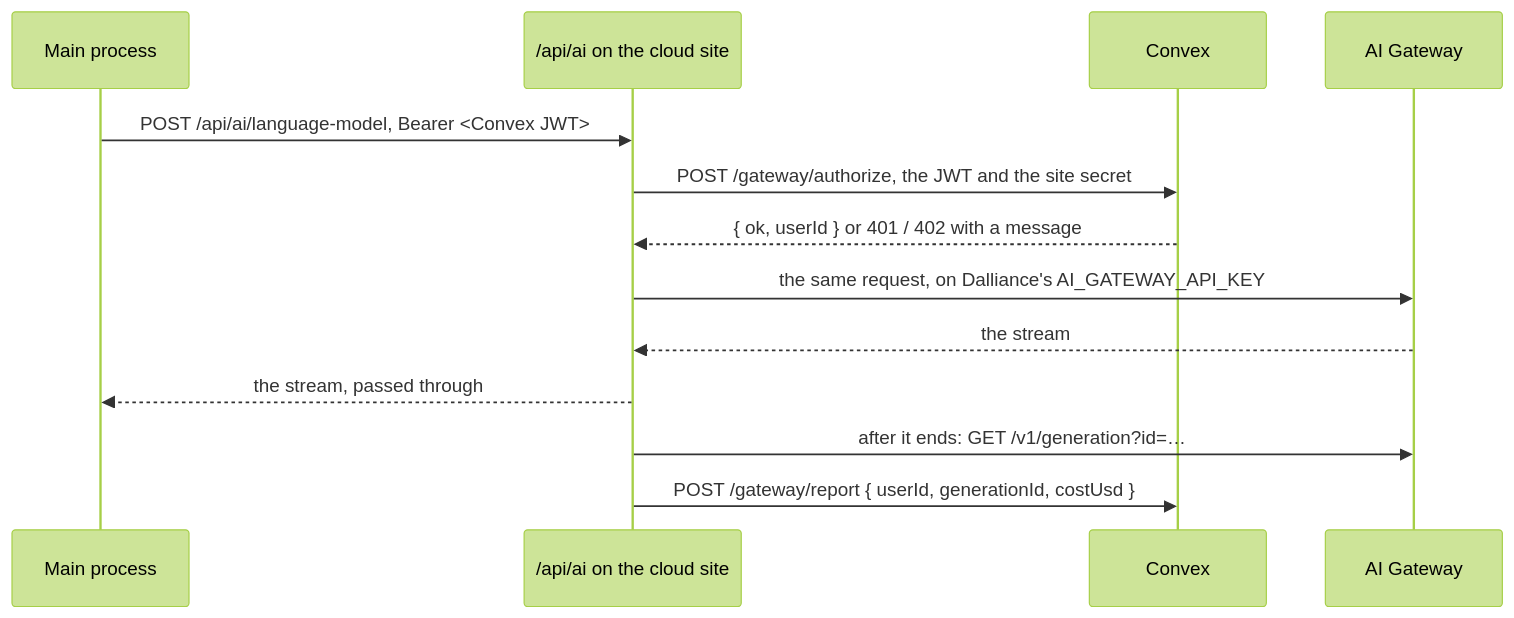
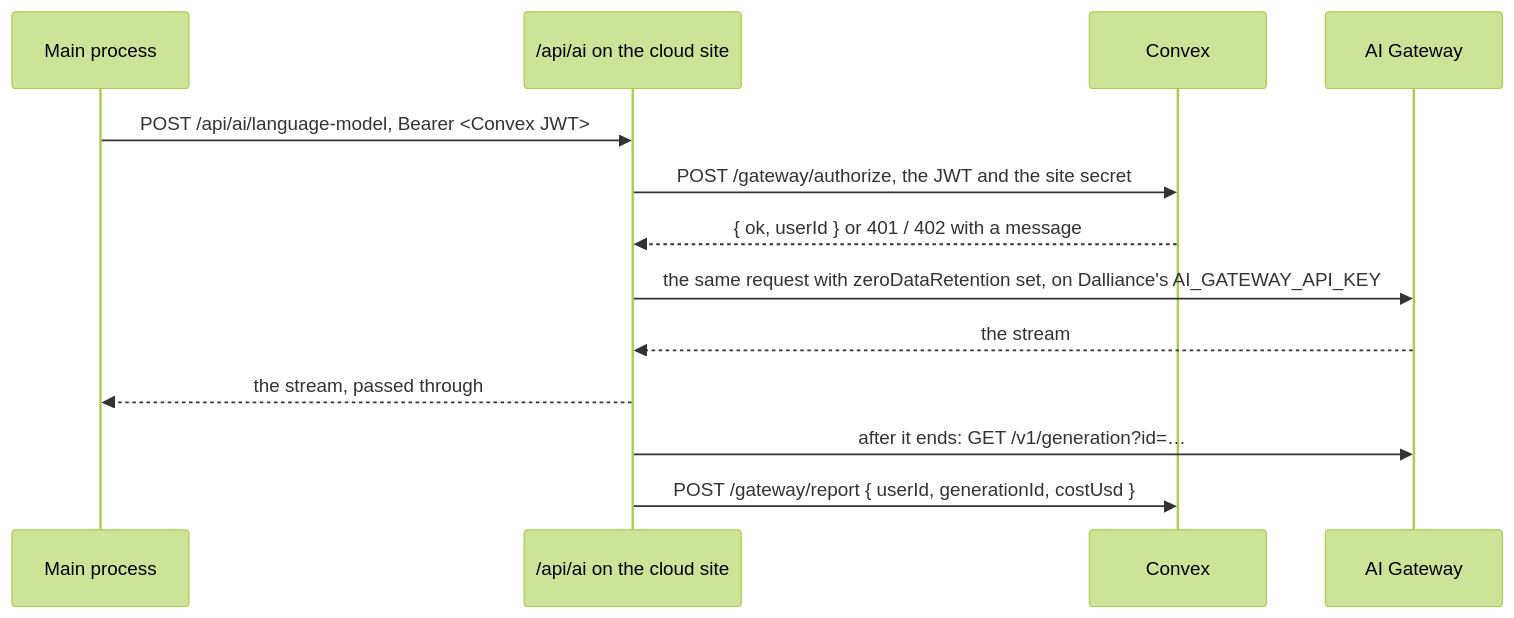
Before and after one commit to amirhesham65/dalliance: the second of 2 diagrams in docs/billing.md, drawn with Mermaid (forest theme). The commit also changed other lines of this file and 7 other files, not shown here.

First line of the commit message:
Run every Cloud model call with zero data retention

````diff
--- a/docs/billing.md
+++ b/docs/billing.md
@@ -47,16 +48,16 @@
 ```mermaid
 sequenceDiagram
   participant M as Main process
   participant W as /api/ai on the cloud site
   participant C as Convex
   participant G as AI Gateway
 
   M->>W: POST /api/ai/language-model, Bearer <Convex JWT>
   W->>C: POST /gateway/authorize, the JWT and the site secret
   C-->>W: { ok, userId } or 401 / 402 with a message
-  W->>G: the same request, on Dalliance's AI_GATEWAY_API_KEY
+  W->>G: the same request with zeroDataRetention set, on Dalliance's AI_GATEWAY_API_KEY
   G-->>W: the stream
   W-->>M: the stream, passed through
   W->>G: after it ends: GET /v1/generation?id=…
   W->>C: POST /gateway/report { userId, generationId, costUsd }
 ```
````
